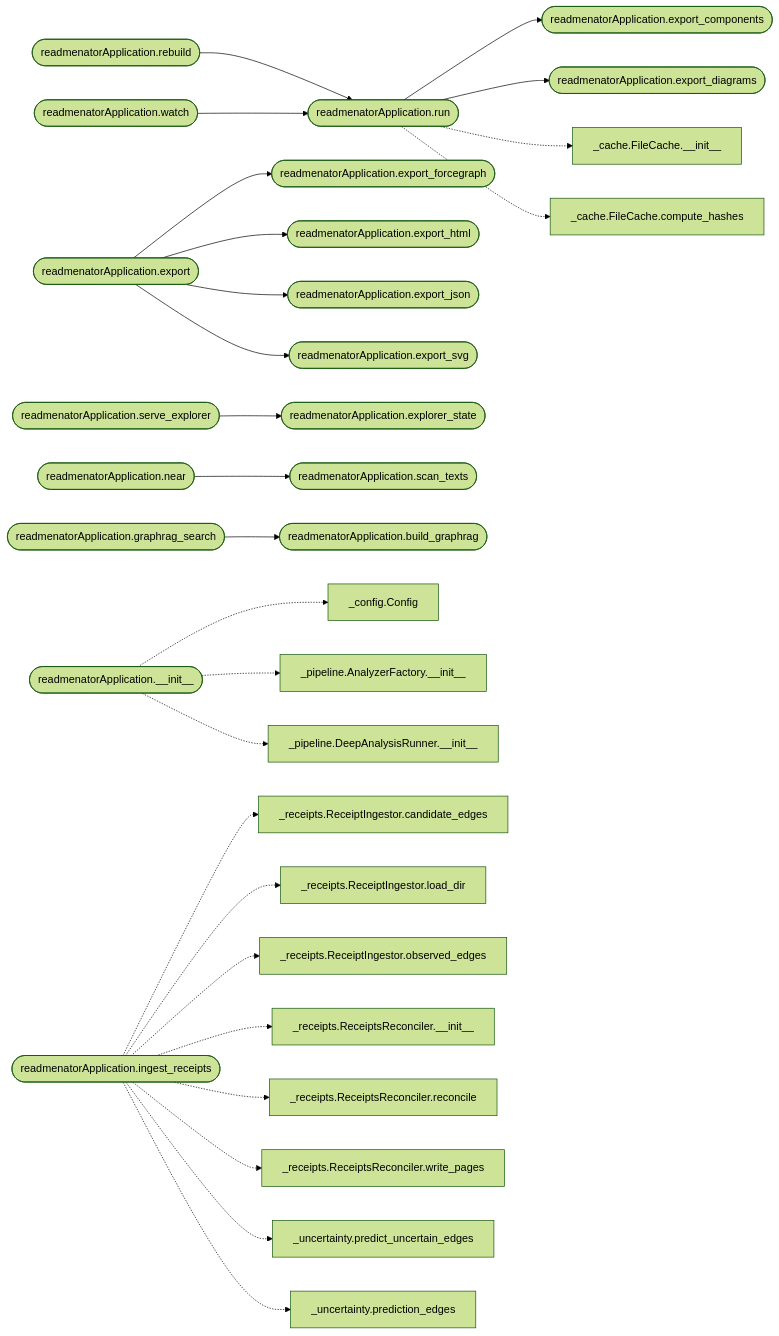
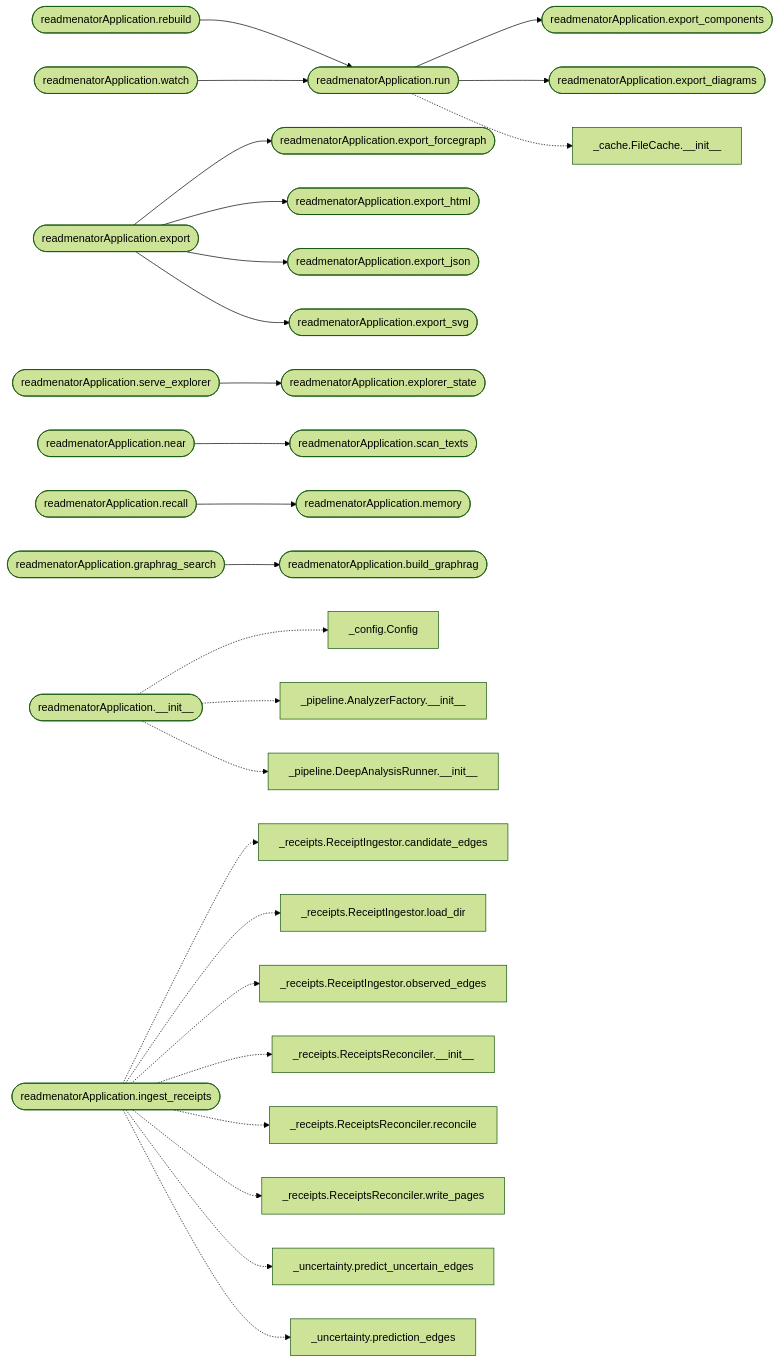
The diagram in readmenator-apidocs/modules/readmenator._app.py.md (grisuno/ReadMenator), drawn with Mermaid (forest theme) before and after one commit. The commit also changed other lines of this file and 264 other files, not shown here.

````diff
--- a/readmenator-apidocs/modules/readmenator._app.py.md
+++ b/readmenator-apidocs/modules/readmenator._app.py.md
@@ -18,58 +18,59 @@
 ```mermaid
 flowchart LR
     n_readmenator__app_py__readmenatorApplication_run(["readmenatorApplication.run"])
     n_readmenator__app_py__readmenatorApplication_export_components(["readmenatorApplication.export_components"])
     n_readmenator__app_py__readmenatorApplication_export_diagrams(["readmenatorApplication.export_diagrams"])
     n_readmenator__app_py__readmenatorApplication_rebuild(["readmenatorApplication.rebuild"])
     n_readmenator__app_py__readmenatorApplication_export(["readmenatorApplication.export"])
     n_readmenator__app_py__readmenatorApplication_export_forcegraph(["readmenatorApplication.export_forcegraph"])
     n_readmenator__app_py__readmenatorApplication_export_html(["readmenatorApplication.export_html"])
     n_readmenator__app_py__readmenatorApplication_export_json(["readmenatorApplication.export_json"])
     n_readmenator__app_py__readmenatorApplication_export_svg(["readmenatorApplication.export_svg"])
     n_readmenator__app_py__readmenatorApplication_serve_explorer(["readmenatorApplication.serve_explorer"])
     n_readmenator__app_py__readmenatorApplication_explorer_state(["readmenatorApplication.explorer_state"])
     n_readmenator__app_py__readmenatorApplication_near(["readmenatorApplication.near"])
     n_readmenator__app_py__readmenatorApplication_scan_texts(["readmenatorApplication.scan_texts"])
+    n_readmenator__app_py__readmenatorApplication_recall(["readmenatorApplication.recall"])
+    n_readmenator__app_py__readmenatorApplication_memory(["readmenatorApplication.memory"])
     n_readmenator__app_py__readmenatorApplication_graphrag_search(["readmenatorApplication.graphrag_search"])
     n_readmenator__app_py__readmenatorApplication_build_graphrag(["readmenatorApplication.build_graphrag"])
     n_readmenator__app_py__readmenatorApplication_watch(["readmenatorApplication.watch"])
     n_readmenator__app_py__readmenatorApplication___init__(["readmenatorApplication.__init__"])
     n_readmenator__config_py__Config["_config.Config"]
     n_readmenator__pipeline_py__AnalyzerFactory___init__["_pipeline.AnalyzerFactory.__init__"]
     n_readmenator__pipeline_py__DeepAnalysisRunner___init__["_pipeline.DeepAnalysisRunner.__init__"]
     n_readmenator__app_py__readmenatorApplication_ingest_receipts(["readmenatorApplication.ingest_receipts"])
     n_readmenator__receipts_py__ReceiptIngestor_candidate_edges["_receipts.ReceiptIngestor.candidate_edges"]
     n_readmenator__receipts_py__ReceiptIngestor_load_dir["_receipts.ReceiptIngestor.load_dir"]
     n_readmenator__receipts_py__ReceiptIngestor_observed_edges["_receipts.ReceiptIngestor.observed_edges"]
     n_readmenator__receipts_py__ReceiptsReconciler___init__["_receipts.ReceiptsReconciler.__init__"]
     n_readmenator__receipts_py__ReceiptsReconciler_reconcile["_receipts.ReceiptsReconciler.reconcile"]
     n_readmenator__receipts_py__ReceiptsReconciler_write_pages["_receipts.ReceiptsReconciler.write_pages"]
     n_readmenator__uncertainty_py__predict_uncertain_edges["_uncertainty.predict_uncertain_edges"]
     n_readmenator__uncertainty_py__prediction_edges["_uncertainty.prediction_edges"]
     n_readmenator__cache_py__FileCache___init__["_cache.FileCache.__init__"]
-    n_readmenator__cache_py__FileCache_compute_hashes["_cache.FileCache.compute_hashes"]
     n_readmenator__app_py__readmenatorApplication_run --> n_readmenator__app_py__readmenatorApplication_export_components
     n_readmenator__app_py__readmenatorApplication_run --> n_readmenator__app_py__readmenatorApplication_export_diagrams
     n_readmenator__app_py__readmenatorApplication_rebuild --> n_readmenator__app_py__readmenatorApplication_run
     n_readmenator__app_py__readmenatorApplication_export --> n_readmenator__app_py__readmenatorApplication_export_forcegraph
     n_readmenator__app_py__readmenatorApplication_export --> n_readmenator__app_py__readmenatorApplication_export_html
     n_readmenator__app_py__readmenatorApplication_export --> n_readmenator__app_py__readmenatorApplication_export_json
     n_readmenator__app_py__readmenatorApplication_export --> n_readmenator__app_py__readmenatorApplication_export_svg
     n_readmenator__app_py__readmenatorApplication_serve_explorer --> n_readmenator__app_py__readmenatorApplication_explorer_state
     n_readmenator__app_py__readmenatorApplication_near --> n_readmenator__app_py__readmenatorApplication_scan_texts
+    n_readmenator__app_py__readmenatorApplication_recall --> n_readmenator__app_py__readmenatorApplication_memory
     n_readmenator__app_py__readmenatorApplication_graphrag_search --> n_readmenator__app_py__readmenatorApplication_build_graphrag
     n_readmenator__app_py__readmenatorApplication_watch --> n_readmenator__app_py__readmenatorApplication_run
     n_readmenator__app_py__readmenatorApplication___init__ -.-> n_readmenator__config_py__Config
     n_readmenator__app_py__readmenatorApplication___init__ -.-> n_readmenator__pipeline_py__AnalyzerFactory___init__
     n_readmenator__app_py__readmenatorApplication___init__ -.-> n_readmenator__pipeline_py__DeepAnalysisRunner___init__
     n_readmenator__app_py__readmenatorApplication_ingest_receipts -.-> n_readmenator__receipts_py__ReceiptIngestor_candidate_edges
     n_readmenator__app_py__readmenatorApplication_ingest_receipts -.-> n_readmenator__receipts_py__ReceiptIngestor_load_dir
     n_readmenator__app_py__readmenatorApplication_ingest_receipts -.-> n_readmenator__receipts_py__ReceiptIngestor_observed_edges
     n_readmenator__app_py__readmenatorApplication_ingest_receipts -.-> n_readmenator__receipts_py__ReceiptsReconciler___init__
     n_readmenator__app_py__readmenatorApplication_ingest_receipts -.-> n_readmenator__receipts_py__ReceiptsReconciler_reconcile
     n_readmenator__app_py__readmenatorApplication_ingest_receipts -.-> n_readmenator__receipts_py__ReceiptsReconciler_write_pages
     n_readmenator__app_py__readmenatorApplication_ingest_receipts -.-> n_readmenator__uncertainty_py__predict_uncertain_edges
     n_readmenator__app_py__readmenatorApplication_ingest_receipts -.-> n_readmenator__uncertainty_py__prediction_edges
     n_readmenator__app_py__readmenatorApplication_run -.-> n_readmenator__cache_py__FileCache___init__
-    n_readmenator__app_py__readmenatorApplication_run -.-> n_readmenator__cache_py__FileCache_compute_hashes
 ```
````
